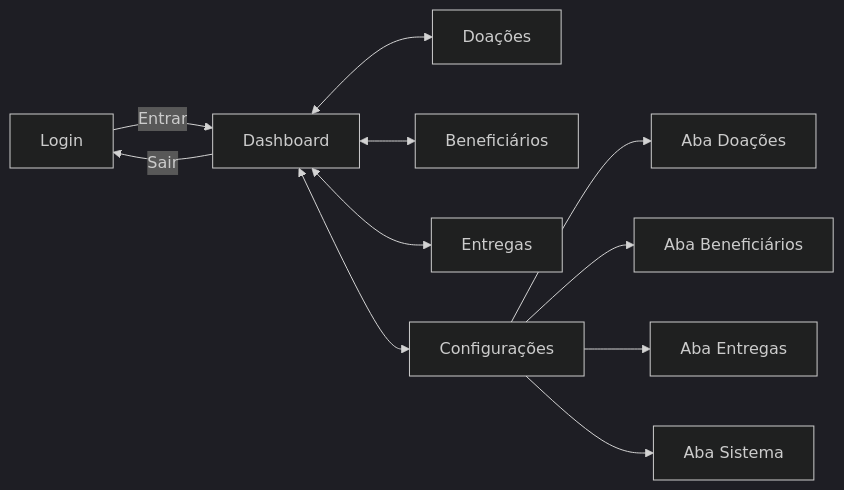
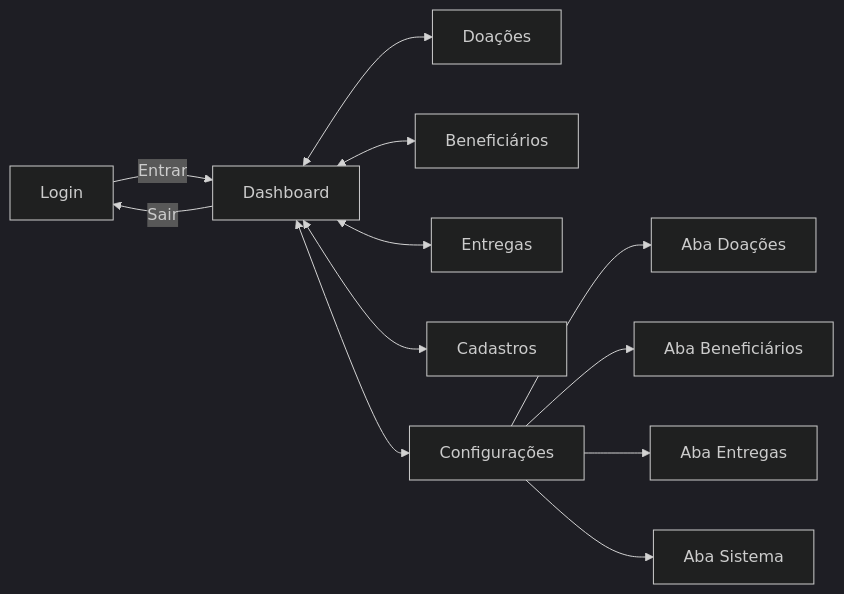
One commit to marciohector06-lgtm/sistema-Liga-candanga-solitaria changed the fifth of 7 diagrams in docs/DOCUMENTACAO_TECNICA.md. Above: the diagram before and after it, drawn with Mermaid (dark theme). The commit also changed other lines of this file and 27 other files, not shown here.

````diff
--- a/docs/DOCUMENTACAO_TECNICA.md
+++ b/docs/DOCUMENTACAO_TECNICA.md
@@ -1110,13 +1121,14 @@
 ```mermaid
 flowchart LR
   L[Login] -->|Entrar| D[Dashboard]
   D <--> DO[Doações]
   D <--> BE[Beneficiários]
   D <--> EN[Entregas]
+  D <--> CA[Cadastros]
   D <--> CF[Configurações]
   CF --> A1[Aba Doações]
   CF --> A2[Aba Beneficiários]
   CF --> A3[Aba Entregas]
   CF --> A4[Aba Sistema]
   D -->|Sair| L
 ```
````
